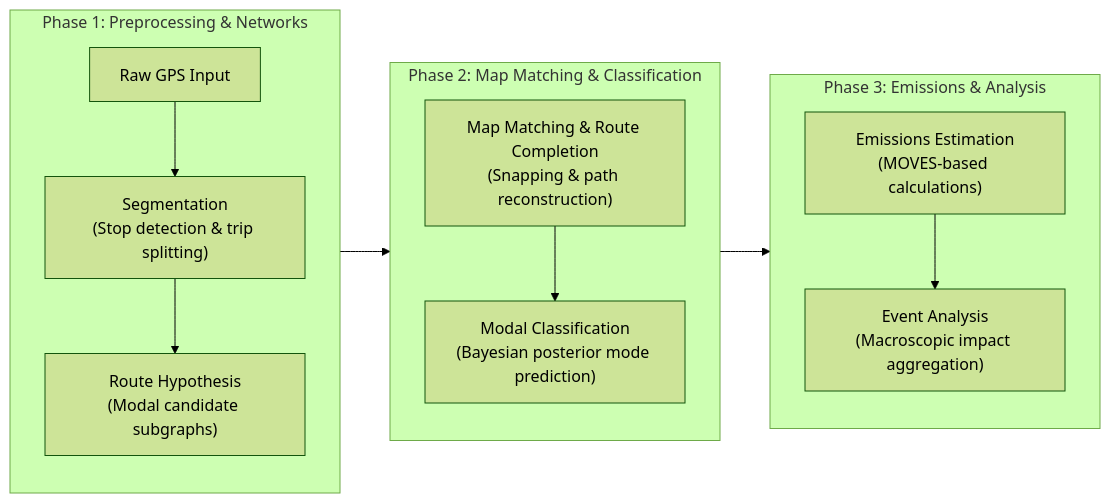
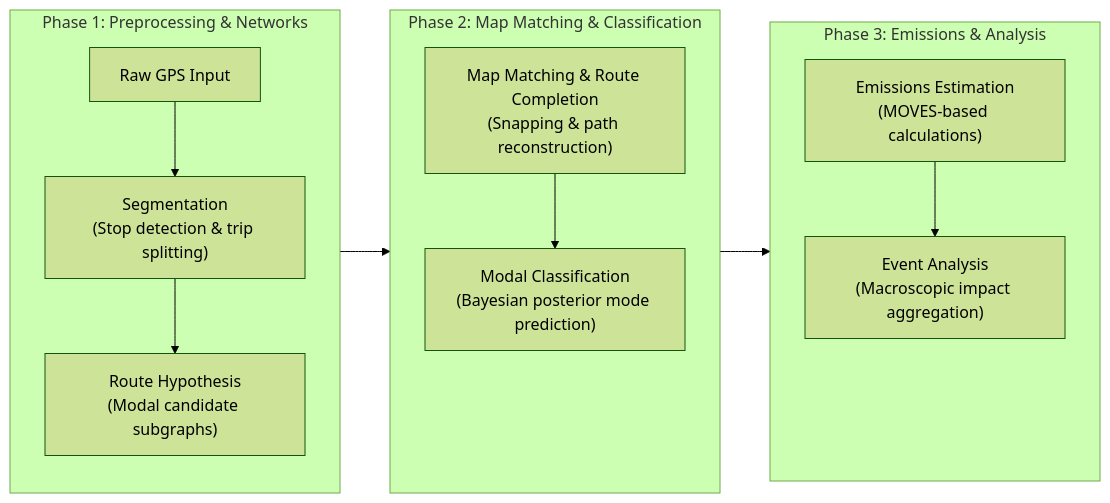
The diagram in README.md (vladimirp07/gps-emissions-pipeline), drawn with Mermaid (forest theme) before and after one commit.

Commit message:
docs: igualar alto de subgrafos de fase con espaciadores invisibles en el diagrama

````diff
--- a/README.md
+++ b/README.md
@@ -9,22 +9,26 @@
 ```mermaid
 flowchart LR
     subgraph Phase1 ["Phase 1: Preprocessing & Networks"]
         direction TD
         A["Raw GPS Input"] --> B["Segmentation<br>(Stop detection & trip splitting)"]
         B --> C["Route Hypothesis<br>(Modal candidate subgraphs)"]
     end
 
     subgraph Phase2 ["Phase 2: Map Matching & Classification"]
         direction TD
         D["Map Matching & Route Completion<br>(Snapping & path reconstruction)"] --> E["Modal Classification<br>(Bayesian posterior mode prediction)"]
+        E ~~~ Spacer2[" "]
+        style Spacer2 opacity:0,fill:none,stroke:none
     end
 
     subgraph Phase3 ["Phase 3: Emissions & Analysis"]
         direction TD
         F["Emissions Estimation<br>(MOVES-based calculations)"] --> G["Event Analysis<br>(Macroscopic impact aggregation)"]
+        G ~~~ Spacer3[" "]
+        style Spacer3 opacity:0,fill:none,stroke:none
     end
 
     %% Conexión horizontal directa entre los contenedores globales
     Phase1 --> Phase2
     Phase2 --> Phase3
 ```
````
